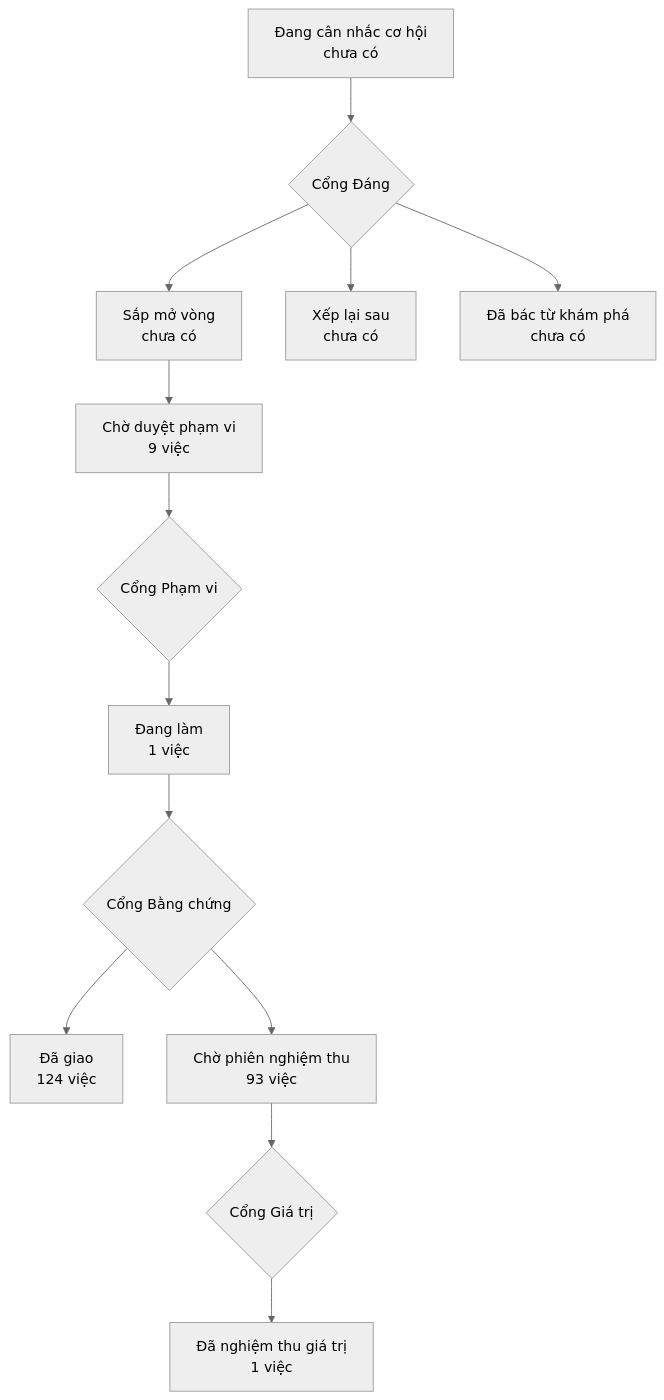
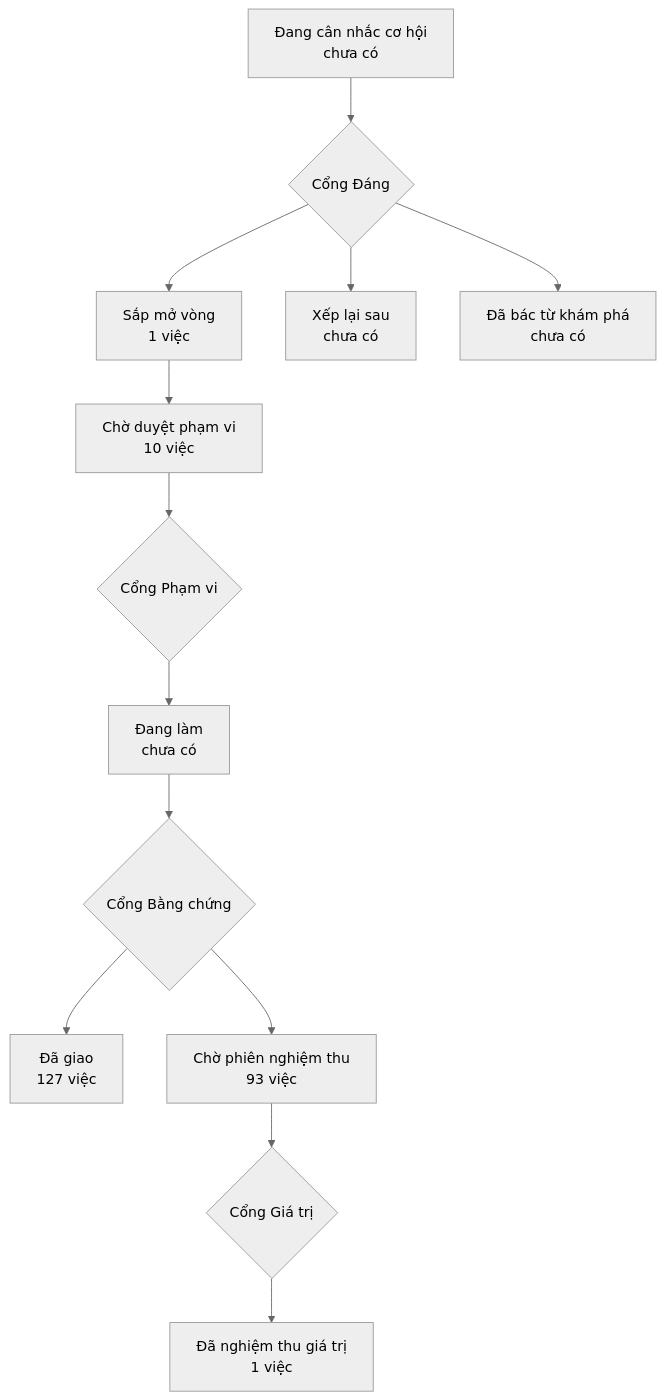
The diagram in PRODUCT-MAP.md (phanlemanh/onehub-invest), drawn with Mermaid (neutral theme) before and after one commit. The commit also changed other lines of this file and 6 other files, not shown here.

````diff
--- a/PRODUCT-MAP.md
+++ b/PRODUCT-MAP.md
@@ -7,12 +7,12 @@
 ```mermaid
 flowchart TD
   A["Đang cân nhắc cơ hội<br/>chưa có"] --> GD{"Cổng Đáng"}
-  GD --> B["Sắp mở vòng<br/>chưa có"]
+  GD --> B["Sắp mở vòng<br/>1 việc"]
   GD --> XL["Xếp lại sau<br/>chưa có"]
   GD --> DB["Đã bác từ khám phá<br/>chưa có"]
-  B --> CD["Chờ duyệt phạm vi<br/>9 việc"] --> GP{"Cổng Phạm vi"}
-  GP --> DL["Đang làm<br/>1 việc"] --> GB{"Cổng Bằng chứng"}
-  GB --> DG["Đã giao<br/>124 việc"]
+  B --> CD["Chờ duyệt phạm vi<br/>10 việc"] --> GP{"Cổng Phạm vi"}
+  GP --> DL["Đang làm<br/>chưa có"] --> GB{"Cổng Bằng chứng"}
+  GB --> DG["Đã giao<br/>127 việc"]
   GB --> CN["Chờ phiên nghiệm thu<br/>93 việc"] --> GG{"Cổng Giá trị"}
   GG --> NT["Đã nghiệm thu giá trị<br/>1 việc"]
 ```
````
